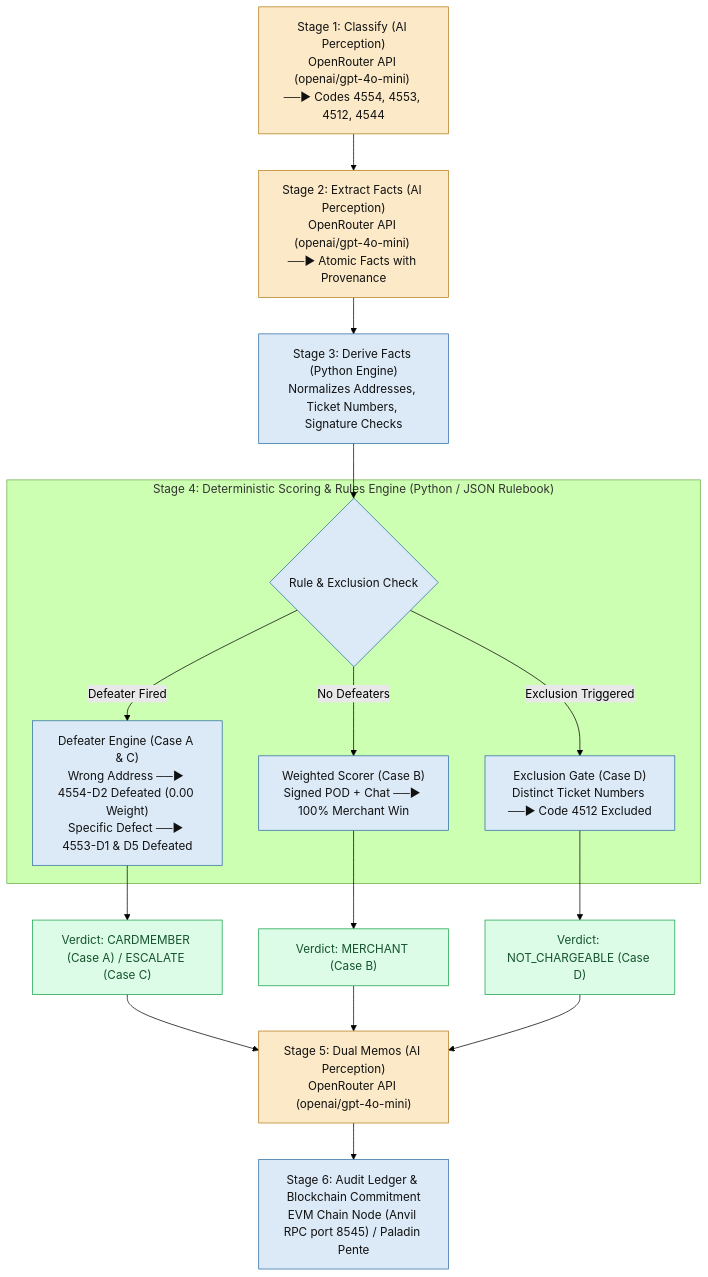
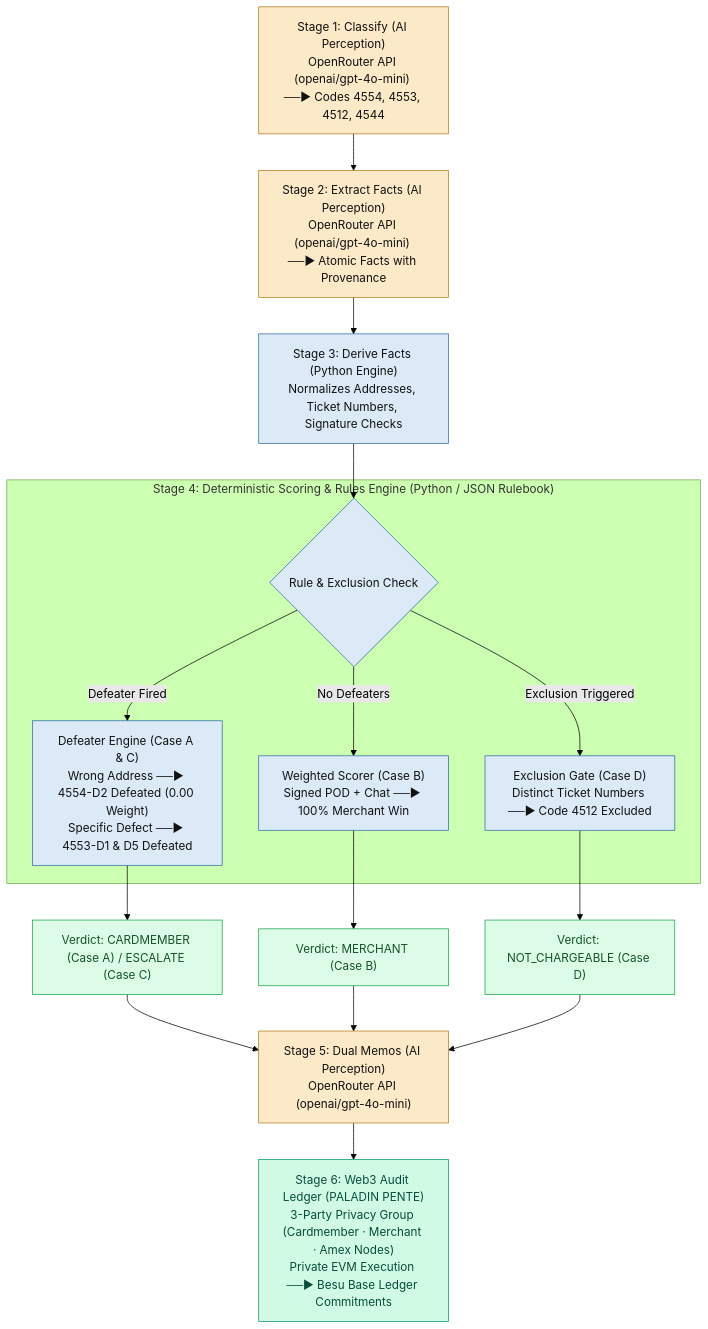
Before and after one commit to sogalabhi/amex-prototype: the diagram in PRESENTATION_DECK.md, drawn with Mermaid (forest theme).

Commit message:
docs: explicitly highlight Paladin Pente 3-Party Privacy Group execution on Stage 6 of Slide 4 flowchart

````diff
--- a/PRESENTATION_DECK.md
+++ b/PRESENTATION_DECK.md
@@ -67,28 +67,30 @@
 ```mermaid
 flowchart TD
     S1["Stage 1: Classify (AI Perception)<br/>OpenRouter API (openai/gpt-4o-mini) ──► Codes 4554, 4553, 4512, 4544"] --> S2
     S2["Stage 2: Extract Facts (AI Perception)<br/>OpenRouter API (openai/gpt-4o-mini) ──► Atomic Facts with Provenance"] --> S3
     S3["Stage 3: Derive Facts (Python Engine)<br/>Normalizes Addresses, Ticket Numbers, Signature Checks"] --> S4
 
     subgraph ADJUDICATION ["Stage 4: Deterministic Scoring & Rules Engine (Python / JSON Rulebook)"]
         S4{"Rule & Exclusion Check"}
         EXC["Exclusion Gate (Case D)<br/>Distinct Ticket Numbers ──► Code 4512 Excluded"]
         DEF["Defeater Engine (Case A & C)<br/>Wrong Address ──► 4554-D2 Defeated (0.00 Weight)<br/>Specific Defect ──► 4553-D1 & D5 Defeated"]
         SCORE["Weighted Scorer (Case B)<br/>Signed POD + Chat ──► 100% Merchant Win"]
     end
 
     S4 -- "Exclusion Triggered" --> EXC --> V4["Verdict: NOT_CHARGEABLE (Case D)"]
     S4 -- "Defeater Fired" --> DEF --> V1["Verdict: CARDMEMBER (Case A) / ESCALATE (Case C)"]
     S4 -- "No Defeaters" --> SCORE --> V2["Verdict: MERCHANT (Case B)"]
 
     V1 & V2 & V4 --> S5["Stage 5: Dual Memos (AI Perception)<br/>OpenRouter API (openai/gpt-4o-mini)"]
-    S5 --> S6["Stage 6: Audit Ledger & Blockchain Commitment<br/>EVM Chain Node (Anvil RPC port 8545) / Paladin Pente"]
+    S5 --> S6["Stage 6: Web3 Audit Ledger (PALADIN PENTE)<br/>3-Party Privacy Group (Cardmember · Merchant · Amex Nodes)<br/>Private EVM Execution ──► Besu Base Ledger Commitments"]
 
     classDef ai fill:#fbe9c8,stroke:#b57d18,color:#111;
     classDef py fill:#dceaf7,stroke:#2b6ca3,color:#111;
     classDef verdict fill:#dcfce7,stroke:#16a34a,color:#14532d;
+    classDef web3 fill:#d1fae5,stroke:#059669,color:#064e3b;
 
     class S1,S2,S5 ai;
-    class S3,S4,EXC,DEF,SCORE,S6 py;
+    class S3,S4,EXC,DEF,SCORE py;
     class V1,V2,V4 verdict;
+    class S6 web3;
 ```
````
